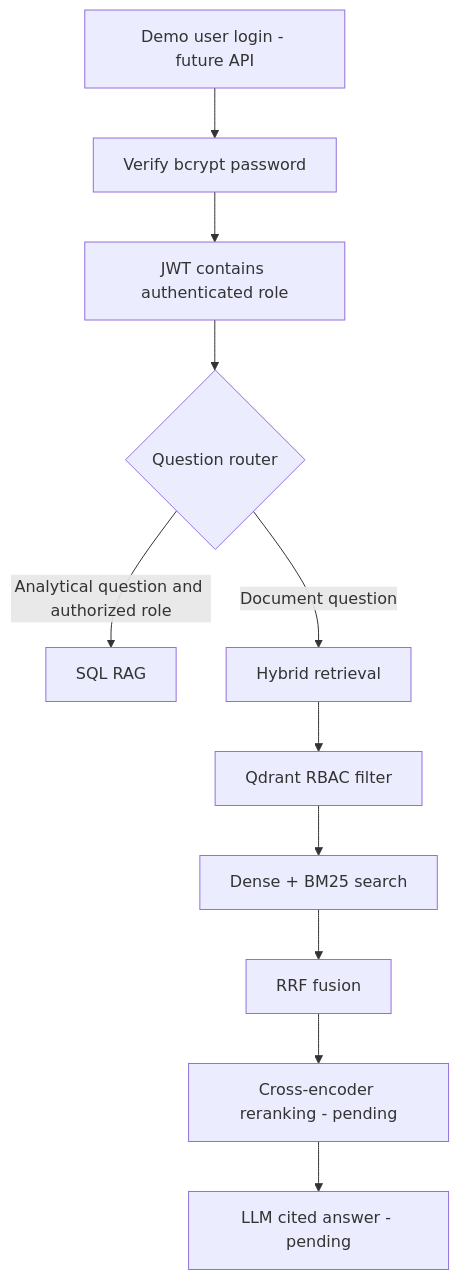
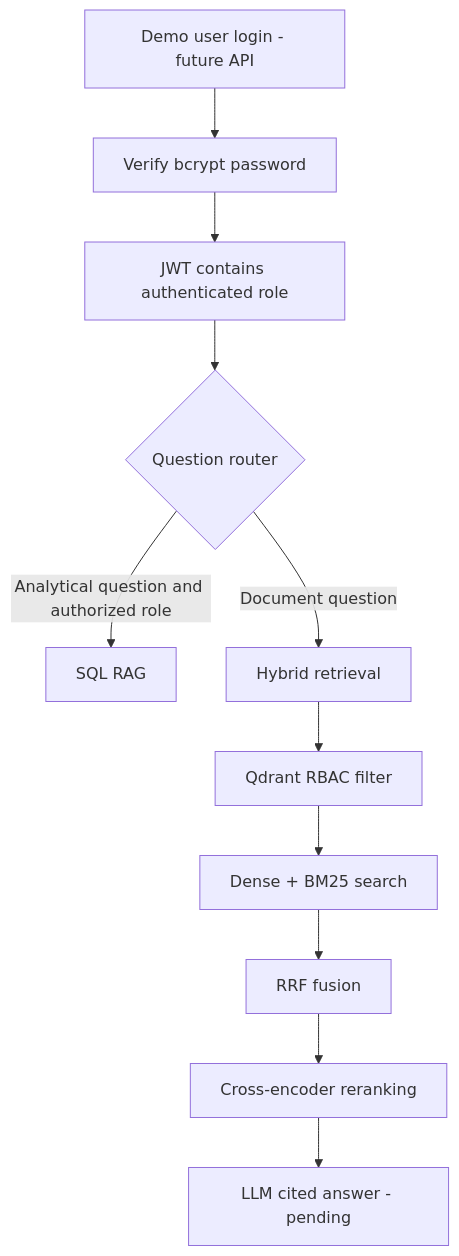
One commit to niteshwork1984-alt/MediBot changed the diagram in README.md. Above: the diagram before and after it, drawn with Mermaid. The commit also changed other lines of this file and 8 other files, not shown here.

Commit message:
Implement cross-encoder reranking

````diff
--- a/README.md
+++ b/README.md
@@ -23,13 +23,13 @@
 ```mermaid
 flowchart TD
     A[Demo user login - future API] --> B[Verify bcrypt password]
     B --> C[JWT contains authenticated role]
     C --> D{Question router}
     D -->|Analytical question and authorized role| E[SQL RAG]
     D -->|Document question| F[Hybrid retrieval]
     F --> G[Qdrant RBAC filter]
     G --> H[Dense + BM25 search]
     H --> I[RRF fusion]
-    I --> J[Cross-encoder reranking - pending]
+    I --> J[Cross-encoder reranking]
     J --> K[LLM cited answer - pending]
 ```
````
